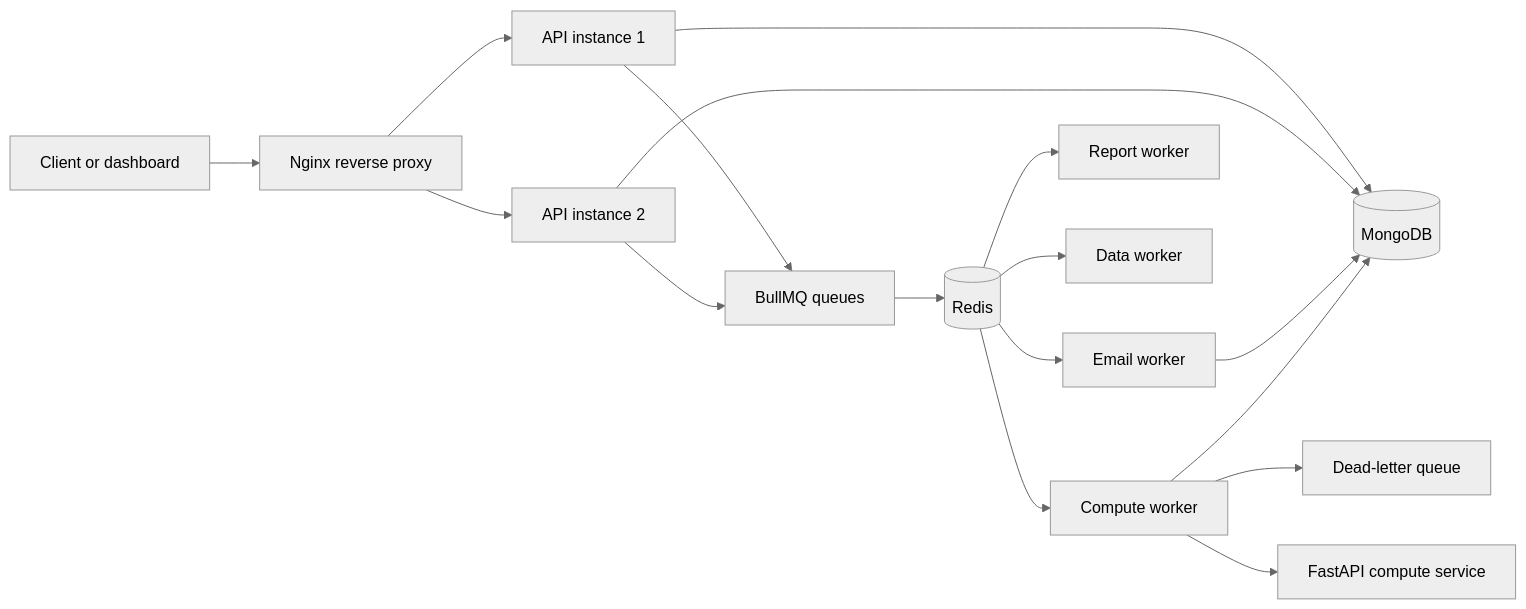
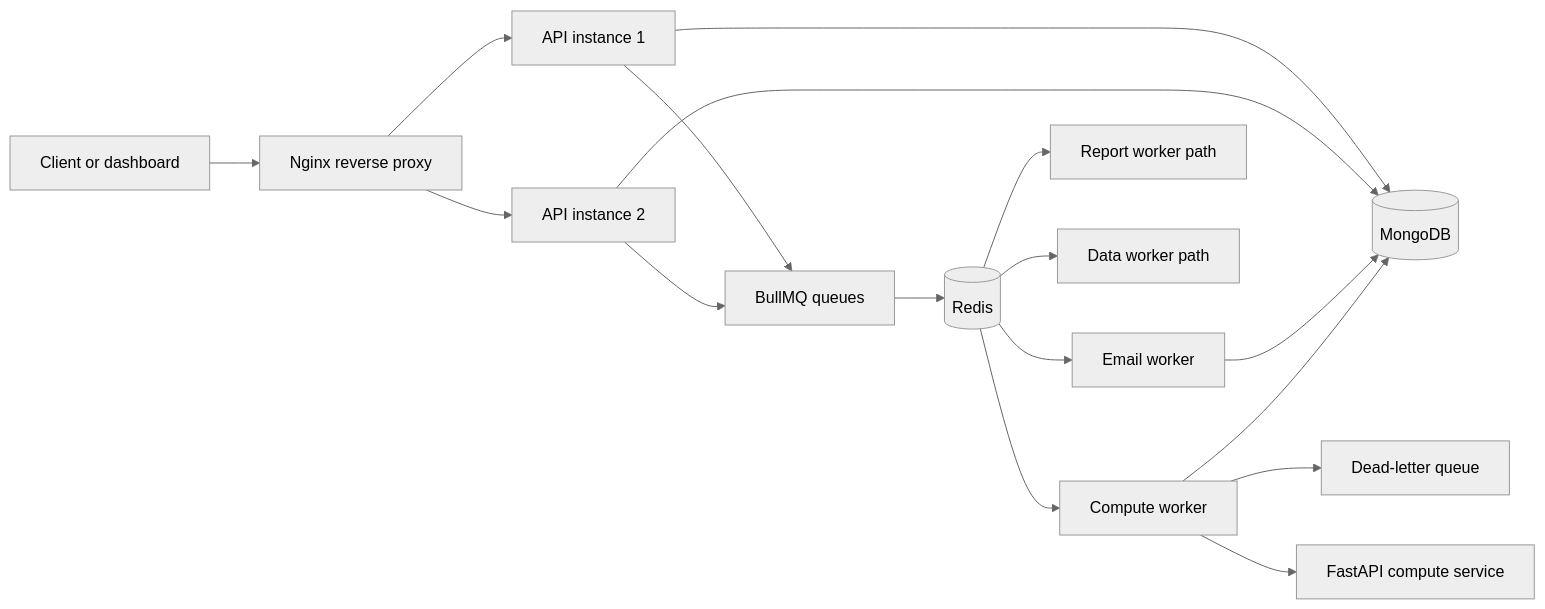
One commit to Zain-Abbas-developer/FluxGrid changed the diagram in README.md. Above: the diagram before and after it, drawn with Mermaid (neutral theme). The commit also changed other lines of this file, not shown here.

Commit message:
docs: clarify worker architecture

````diff
--- a/README.md
+++ b/README.md
@@ -86,19 +86,19 @@
 ```mermaid
 flowchart LR
     Client["Client or dashboard"] --> Nginx["Nginx reverse proxy"]
     Nginx --> API1["API instance 1"]
     Nginx --> API2["API instance 2"]
     API1 --> Mongo[("MongoDB")]
     API2 --> Mongo
     API1 --> Queues["BullMQ queues"]
     API2 --> Queues
     Queues --> Redis[("Redis")]
     Redis --> Email["Email worker"]
     Redis --> Compute["Compute worker"]
-    Redis --> Report["Report worker"]
-    Redis --> Data["Data worker"]
+    Redis --> Report["Report worker path"]
+    Redis --> Data["Data worker path"]
     Compute --> DLQ["Dead-letter queue"]
     Compute --> Python["FastAPI compute service"]
     Email --> Mongo
     Compute --> Mongo
 ```
````
